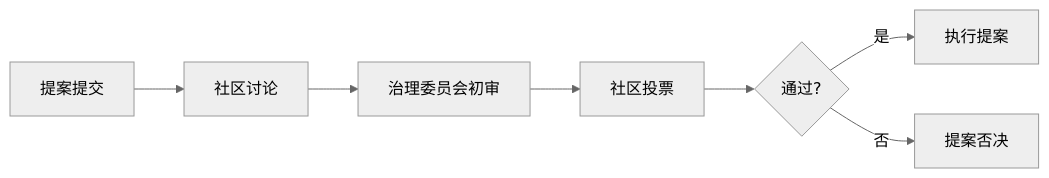
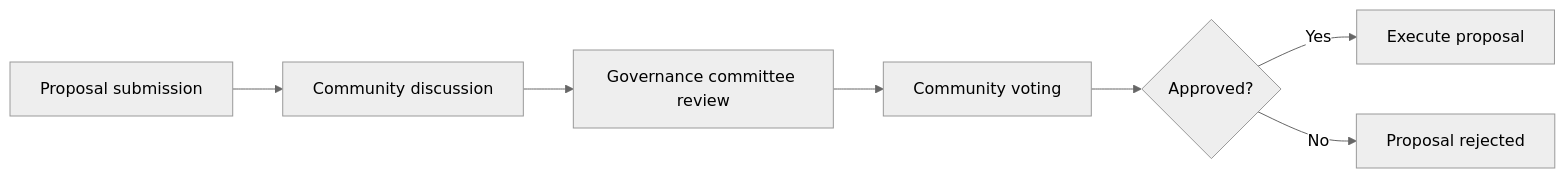
Before and after one commit to 0xArtStar/docs: the diagram in guides/en/using-tutorial.mdx, drawn with Mermaid (neutral theme). The commit also changed other lines of this file and 14 other files, not shown here.

````diff
--- a/guides/en/using-tutorial.mdx
+++ b/guides/en/using-tutorial.mdx
@@ -282,9 +285,9 @@
 ```mermaid
 graph LR
-    A[提案提交] --> B[社区讨论]
-    B --> C[治理委员会初审]
-    C --> D[社区投票]
-    D --> E{通过?}
-    E -->|是| F[执行提案]
-    E -->|否| G[提案否决]
+    A[Proposal submission] --> B[Community discussion]
+    B --> C[Governance committee review]
+    C --> D[Community voting]
+    D --> E{Approved?}
+    E -->|Yes| F[Execute proposal]
+    E -->|No| G[Proposal rejected]
 ```
````
